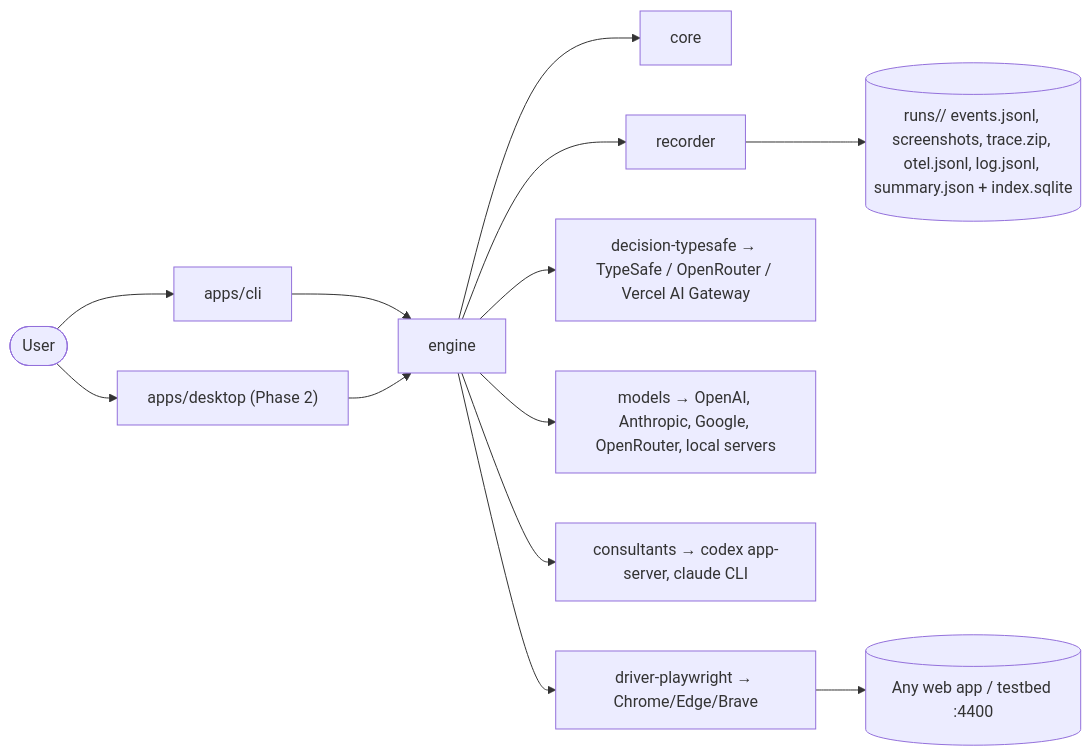
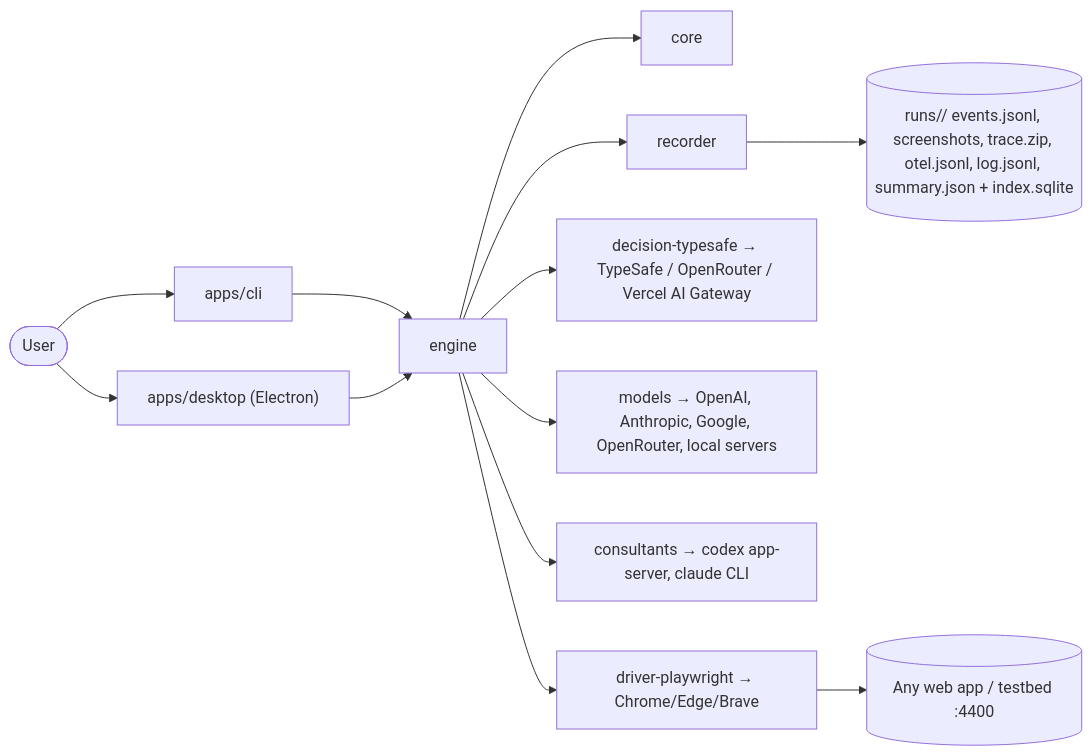
One commit to ramifara/ghosthand changed the first of 5 diagrams in docs/architecture.md. Above: the diagram before and after it, drawn with Mermaid. The commit also changed other lines of this file and 6 other files, not shown here.

````diff
--- a/docs/architecture.md
+++ b/docs/architecture.md
@@ -9,15 +9,15 @@
 ```mermaid
 flowchart LR
   user([User]) --> cli[apps/cli]
-  user --> desktop["apps/desktop (Phase 2)"]
+  user --> desktop["apps/desktop (Electron)"]
   cli --> engine
   desktop --> engine
   engine --> core
   engine --> recorder
   engine --> decision["decision-typesafe → TypeSafe / OpenRouter / Vercel AI Gateway"]
   engine --> models["models → OpenAI, Anthropic, Google, OpenRouter, local servers"]
   engine --> consultants["consultants → codex app-server, claude CLI"]
   engine --> driver["driver-playwright → Chrome/Edge/Brave"]
   driver --> site[(Any web app / testbed :4400)]
   recorder --> runs[("runs/<id>/ events.jsonl, screenshots, trace.zip, otel.jsonl, log.jsonl, summary.json + index.sqlite")]
 ```
````
